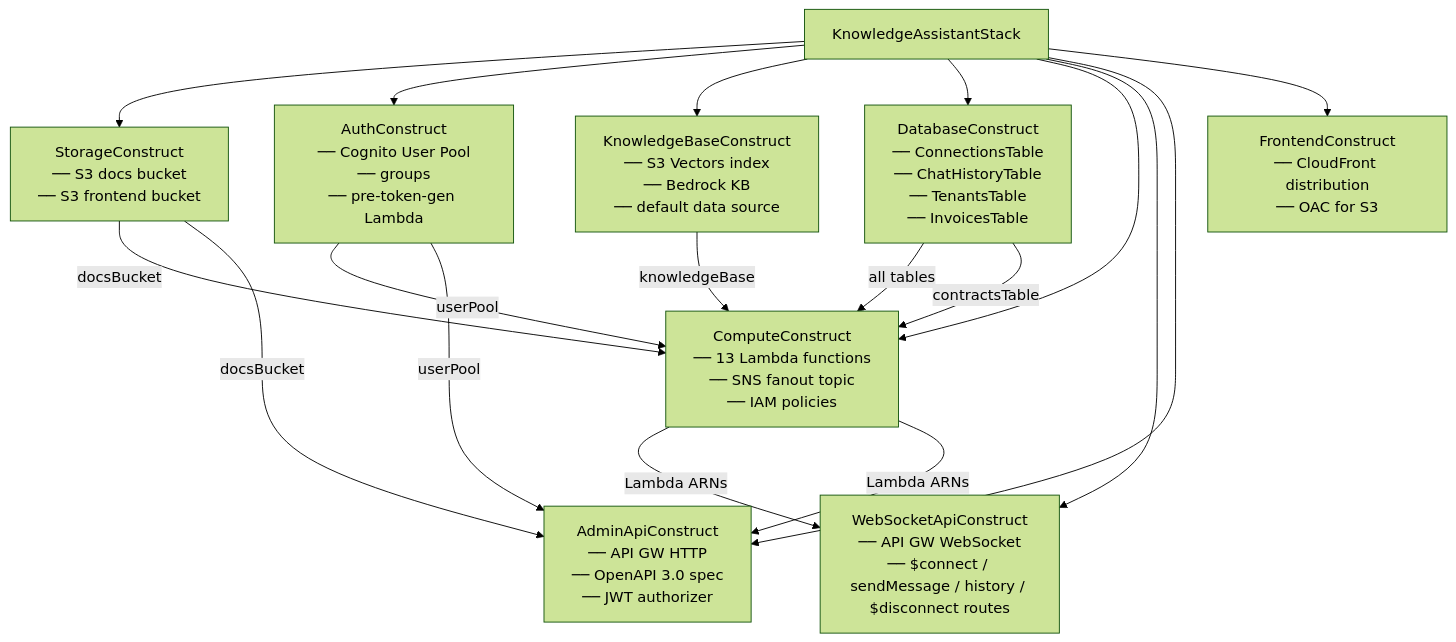
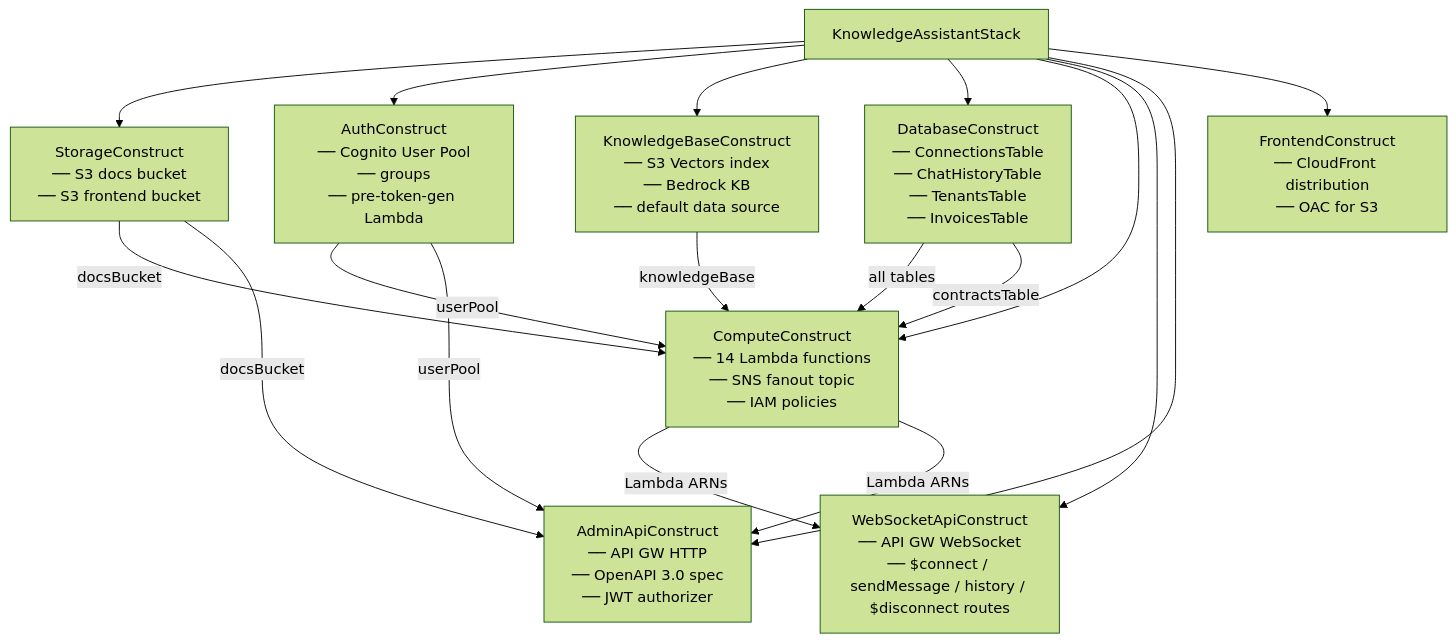
Before and after one commit to effectivegenie/knowledge-assistant: the fourth of 5 diagrams in docs/architecture.md, drawn with Mermaid (forest theme). The commit also changed other lines of this file and 4 other files, not shown here.

````diff
--- a/docs/architecture.md
+++ b/docs/architecture.md
@@ -151,23 +156,23 @@
 ```mermaid
 graph TD
     Stack["KnowledgeAssistantStack"]
 
     Stack --> Storage["StorageConstruct\n── S3 docs bucket\n── S3 frontend bucket"]
     Stack --> Auth["AuthConstruct\n── Cognito User Pool\n── groups\n── pre-token-gen Lambda"]
     Stack --> KB["KnowledgeBaseConstruct\n── S3 Vectors index\n── Bedrock KB\n── default data source"]
     Stack --> DB["DatabaseConstruct\n── ConnectionsTable\n── ChatHistoryTable\n── TenantsTable\n── InvoicesTable"]
-    Stack --> Compute["ComputeConstruct\n── 13 Lambda functions\n── SNS fanout topic\n── IAM policies"]
+    Stack --> Compute["ComputeConstruct\n── 14 Lambda functions\n── SNS fanout topic\n── IAM policies"]
     Stack --> WS["WebSocketApiConstruct\n── API GW WebSocket\n── $connect / sendMessage / history / $disconnect routes"]
     Stack --> API["AdminApiConstruct\n── API GW HTTP\n── OpenAPI 3.0 spec\n── JWT authorizer"]
     Stack --> FE["FrontendConstruct\n── CloudFront distribution\n── OAC for S3"]
 
     Storage -->|docsBucket| Compute
     Storage -->|docsBucket| API
     Auth -->|userPool| Compute
     Auth -->|userPool| API
     KB -->|knowledgeBase| Compute
     DB -->|all tables| Compute
     DB -->|contractsTable| Compute
     Compute -->|Lambda ARNs| WS
     Compute -->|Lambda ARNs| API
 ```
````
